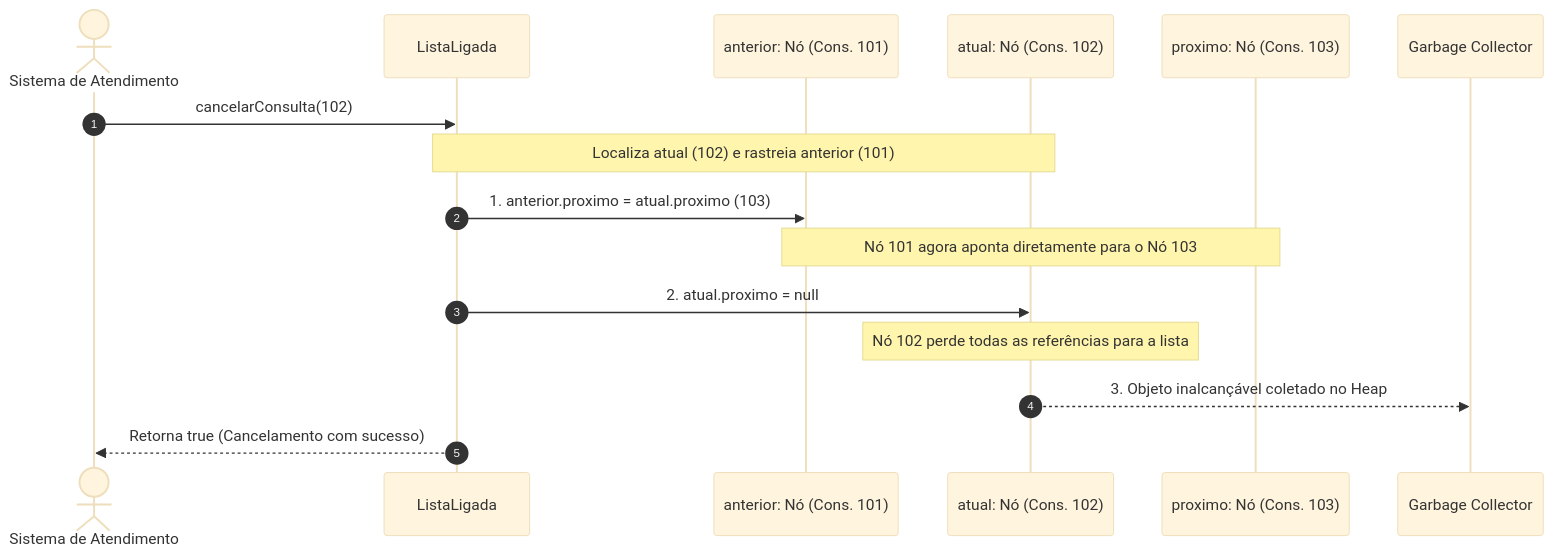
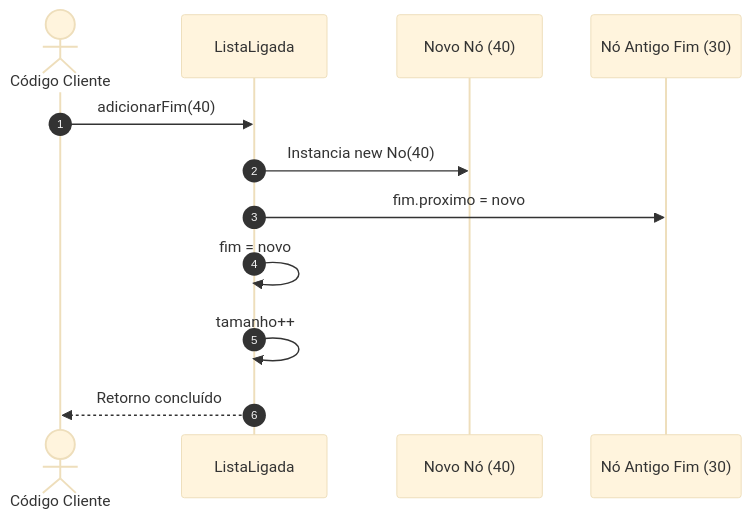
Diagram 17 of 24 in 4º Semestre/[Prof. Wesley Soares] Estrutura de Dados I/Resumos-IA/Simulados-Comentados.md (murilolol/unifef), drawn with Mermaid (base theme) before and after one commit. The commit also changed other lines of this file and 40 other files, not shown here.

````diff
--- a/4º Semestre/[Prof. Wesley Soares] Estrutura de Dados I/Resumos-IA/Simulados-Comentados.md
+++ b/4º Semestre/[Prof. Wesley Soares] Estrutura de Dados I/Resumos-IA/Simulados-Comentados.md
@@ -885,19 +731,15 @@
 ```mermaid
 sequenceDiagram
     autonumber
-    actor Cliente as Sistema de Atendimento
+    actor Cliente as Código Cliente
     participant Lista as ListaLigada
-    participant Ant as anterior: Nó (Cons. 101)
-    participant Atu as atual: Nó (Cons. 102)
-    participant Prox as proximo: Nó (Cons. 103)
-    participant GC as Garbage Collector
+    participant Novo as Novo Nó (40)
+    participant Ultimo as Nó Antigo Fim (30)
 
-    Cliente->>Lista: cancelarConsulta(102)
-    Note over Lista,Atu: Localiza atual (102) e rastreia anterior (101)
-    Lista->>Ant: 1. anterior.proximo = atual.proximo (103)
-    Note over Ant,Prox: Nó 101 agora aponta diretamente para o Nó 103
-    Lista->>Atu: 2. atual.proximo = null
-    Note over Atu: Nó 102 perde todas as referências para a lista
-    Atu-->>GC: 3. Objeto inalcançável coletado no Heap
-    Lista-->>Cliente: Retorna true (Cancelamento com sucesso)
+    Cliente->>Lista: adicionarFim(40)
+    Lista->>Novo: Instancia new No(40)
+    Lista->>Ultimo: fim.proximo = novo
+    Lista->>Lista: fim = novo
+    Lista->>Lista: tamanho++
+    Lista-->>Cliente: Retorno concluído
 ```
````
